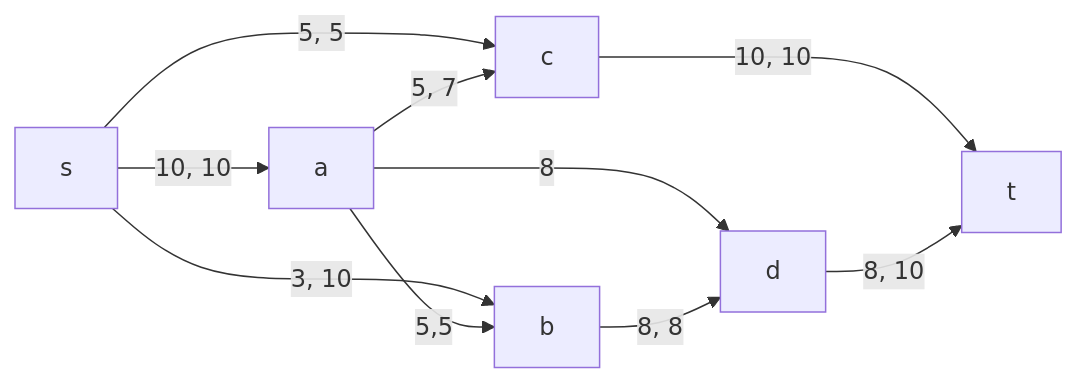
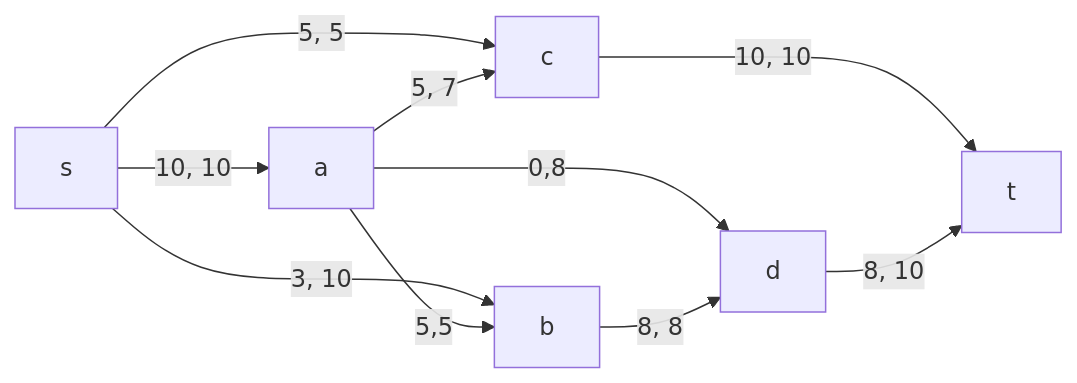
Before and after one commit to HSE-algo-23-owl/manual_tasks: the tenth of 16 diagrams in task_15/blur_15.md, drawn with Mermaid. The commit also changed other lines of this file, not shown here.

````diff
--- a/task_15/blur_15.md
+++ b/task_15/blur_15.md
@@ -120,12 +120,12 @@
 ```mermaid
 graph LR
     s-->|10, 10|a
     s-->|3, 10|b
     s-->|5, 5|c
     a-->|5, 7|c
-    a-->|8|d
+    a-->|0,8|d
     a-->|5,5|b
     b-->|8, 8|d
     c-->|10, 10|t
     d-->|8, 10|t
 ```
````
